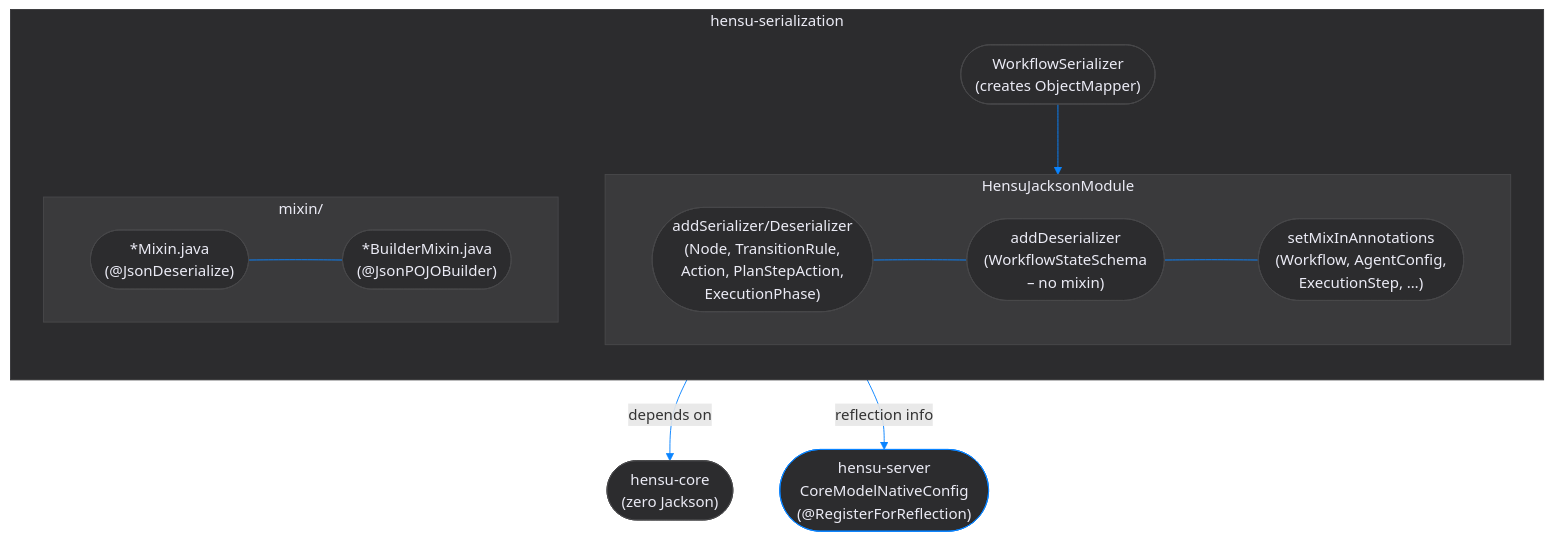
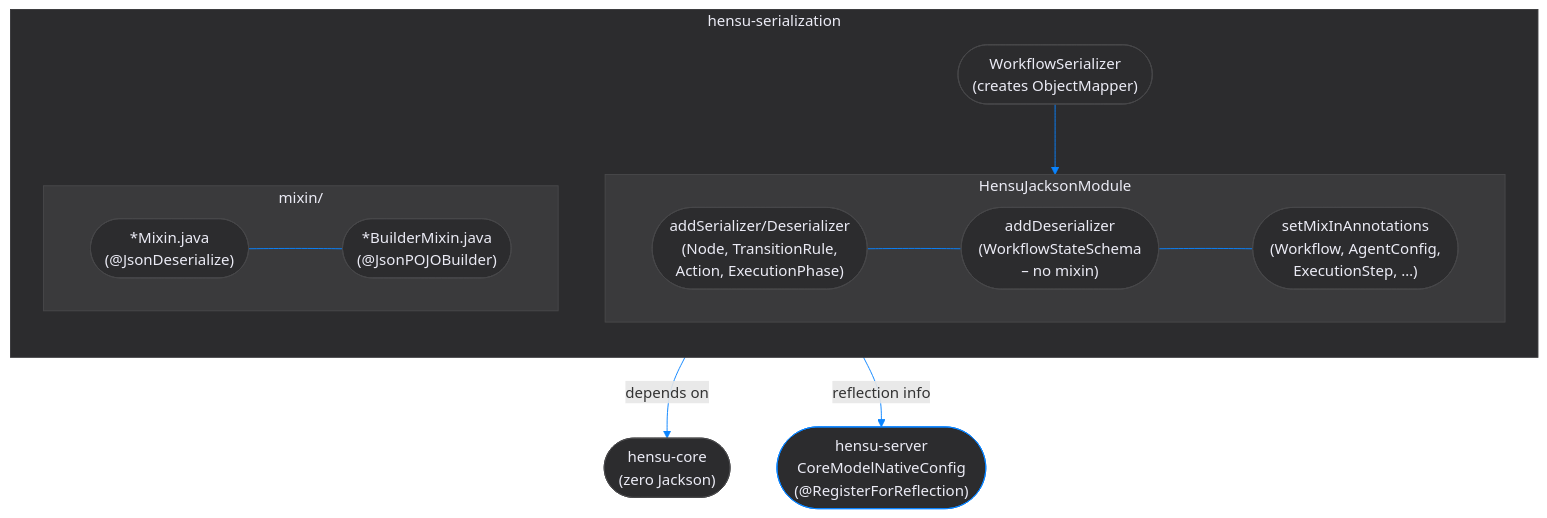
The first of 2 diagrams in docs/developer-guide-serialization.md (hensu-project/hensu), drawn with Mermaid before and after one commit. The commit also changed other lines of this file and 122 other files, not shown here.

````diff
--- a/docs/developer-guide-serialization.md
+++ b/docs/developer-guide-serialization.md
@@ -35,36 +35,36 @@
 ```mermaid
 flowchart TD
     subgraph ser["hensu-serialization"]
         direction TB
         ws(["WorkflowSerializer\n(creates ObjectMapper)"])
         subgraph module["HensuJacksonModule"]
             direction LR
-            poly(["addSerializer/Deserializer\n(Node, TransitionRule,\nAction, PlanStepAction,\nExecutionPhase)"]) ~~~ schema(["addDeserializer\n(WorkflowStateSchema\n– no mixin)"]) ~~~ mixins(["setMixInAnnotations\n(Workflow, AgentConfig,\nExecutionStep, …)"])
+            poly(["addSerializer/Deserializer\n(Node, TransitionRule,\nAction, ExecutionPhase)"]) ~~~ schema(["addDeserializer\n(WorkflowStateSchema\n– no mixin)"]) ~~~ mixins(["setMixInAnnotations\n(Workflow, AgentConfig,\nExecutionStep, …)"])
         end
         subgraph mixin["mixin/"]
             direction LR
             tm(["*Mixin.java\n(@JsonDeserialize)"]) ~~~ bm(["*BuilderMixin.java\n(@JsonPOJOBuilder)"])
         end
         ws --> module
     end
 
     core(["hensu-core\n(zero Jackson)"])
     server(["hensu-server\nCoreModelNativeConfig\n(@RegisterForReflection)"])
 
     ser -->|"depends on"| core
     ser -->|"reflection info"| server
 
     style ser fill:#2c2c2e, stroke:#3a3a3c, color:#ebebf5, stroke-width:1px
     style module fill:#3a3a3c, stroke:#48484a, color:#ebebf5, stroke-width:1px
     style mixin fill:#3a3a3c, stroke:#48484a, color:#ebebf5, stroke-width:1px
     style ws fill:#2c2c2e, stroke:#48484a, color:#ebebf5, stroke-width:1px
     style poly fill:#2c2c2e, stroke:#48484a, color:#ebebf5, stroke-width:1px
     style schema fill:#2c2c2e, stroke:#48484a, color:#ebebf5, stroke-width:1px
     style mixins fill:#2c2c2e, stroke:#48484a, color:#ebebf5, stroke-width:1px
     style tm fill:#2c2c2e, stroke:#48484a, color:#ebebf5, stroke-width:1px
     style bm fill:#2c2c2e, stroke:#48484a, color:#ebebf5, stroke-width:1px
     style core fill:#2c2c2e, stroke:#48484a, color:#ebebf5, stroke-width:1px
     style server fill:#2c2c2e, stroke:#0A84FF, color:#ebebf5, stroke-width:1px
 
     linkStyle default stroke:#0A84FF, stroke-width:1px
 ```
````
